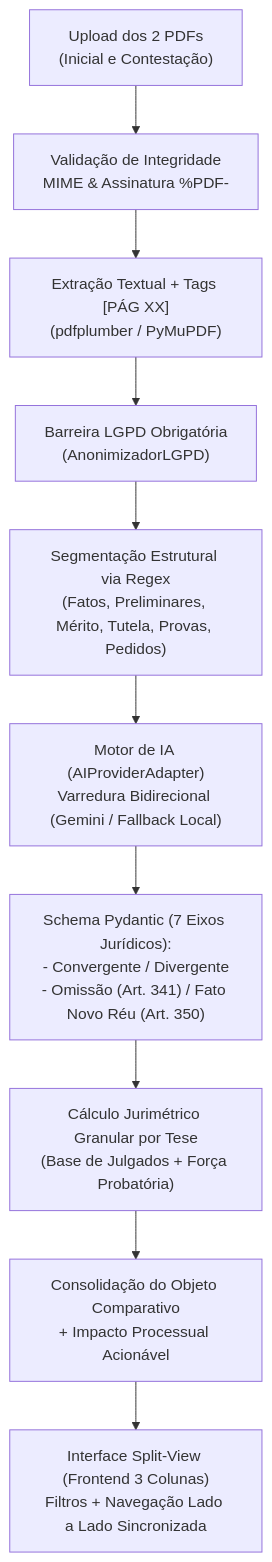
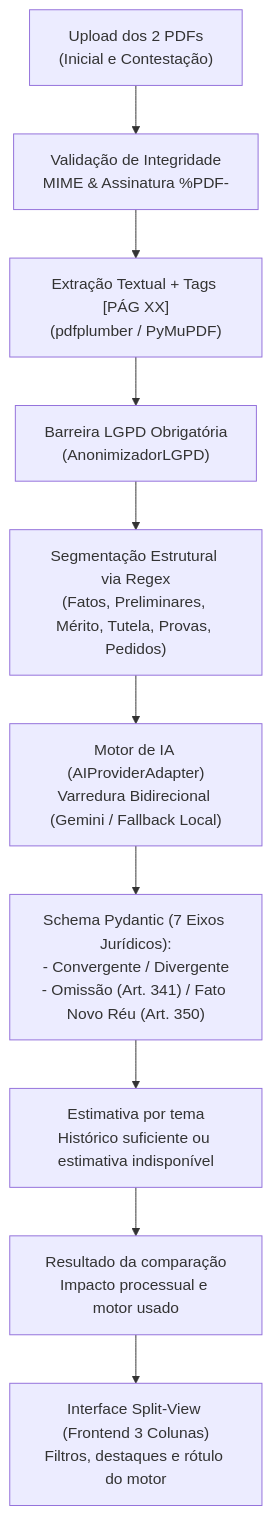
The diagram in docs/membros/ygor-vasconcelos/plano_de_implementa_o_visualizador_comparativo_de_pe_as_jur_dicas.md (g4brielsiq/JuriVision), drawn with Mermaid before and after one commit. The commit also changed other lines of this file and 11 other files, not shown here.

````diff
--- a/docs/membros/ygor-vasconcelos/plano_de_implementa_o_visualizador_comparativo_de_pe_as_jur_dicas.md
+++ b/docs/membros/ygor-vasconcelos/plano_de_implementa_o_visualizador_comparativo_de_pe_as_jur_dicas.md
@@ -44,12 +44,12 @@
 ```mermaid
 flowchart TD
     A["Upload dos 2 PDFs<br/>(Inicial e Contestação)"] --> B["Validação de Integridade<br/>MIME & Assinatura %PDF-"]
     B --> C["Extração Textual + Tags [PÁG XX]<br/>(pdfplumber / PyMuPDF)"]
     C --> D["Barreira LGPD Obrigatória<br/>(AnonimizadorLGPD)"]
     D --> E["Segmentação Estrutural via Regex<br/>(Fatos, Preliminares, Mérito, Tutela, Provas, Pedidos)"]
     E --> F["Motor de IA (AIProviderAdapter)<br/>Varredura Bidirecional (Gemini / Fallback Local)"]
     F --> G["Schema Pydantic (7 Eixos Jurídicos):<br/>- Convergente / Divergente<br/>- Omissão (Art. 341) / Fato Novo Réu (Art. 350)"]
-    G --> H["Cálculo Jurimétrico Granular por Tese<br/>(Base de Julgados + Força Probatória)"]
-    H --> I["Consolidação do Objeto Comparativo<br/>+ Impacto Processual Acionável"]
-    I --> J["Interface Split-View (Frontend 3 Colunas)<br/>Filtros + Navegação Lado a Lado Sincronizada"]
+    G --> H["Estimativa por tema<br/>Histórico suficiente ou estimativa indisponível"]
+    H --> I["Resultado da comparação<br/>Impacto processual e motor usado"]
+    I --> J["Interface Split-View (Frontend 3 Colunas)<br/>Filtros, destaques e rótulo do motor"]
 ```
````
